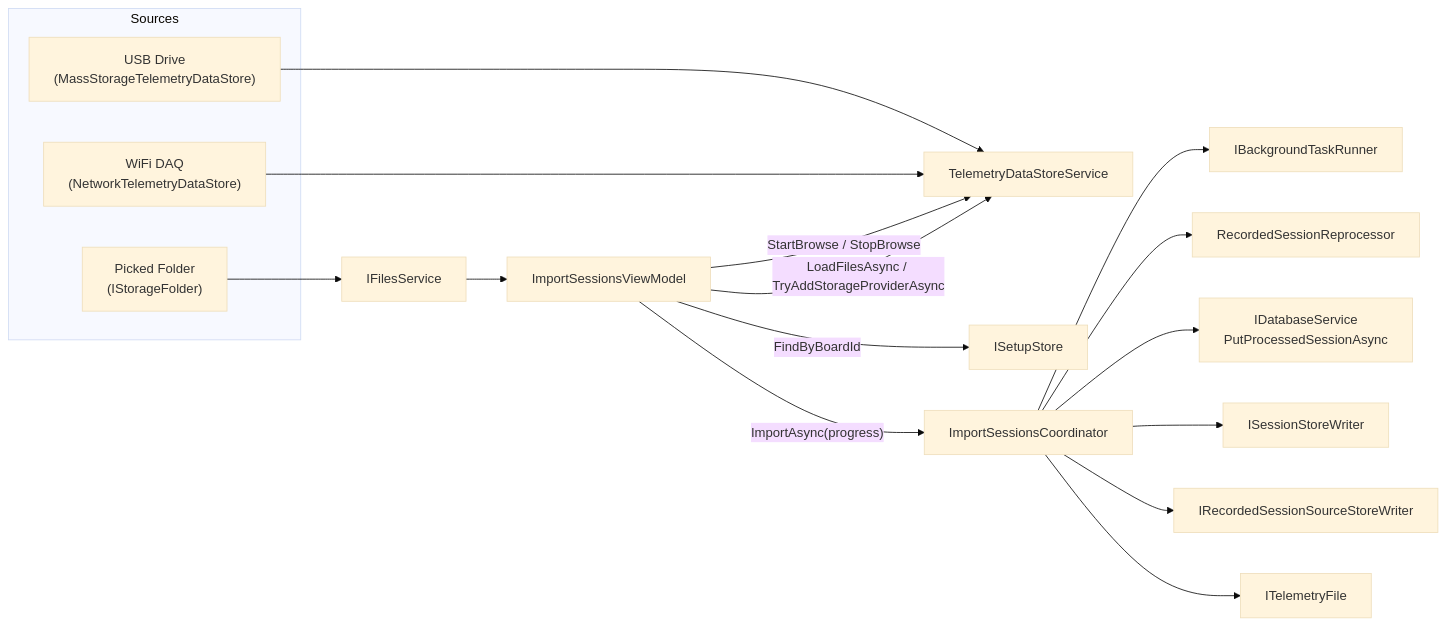
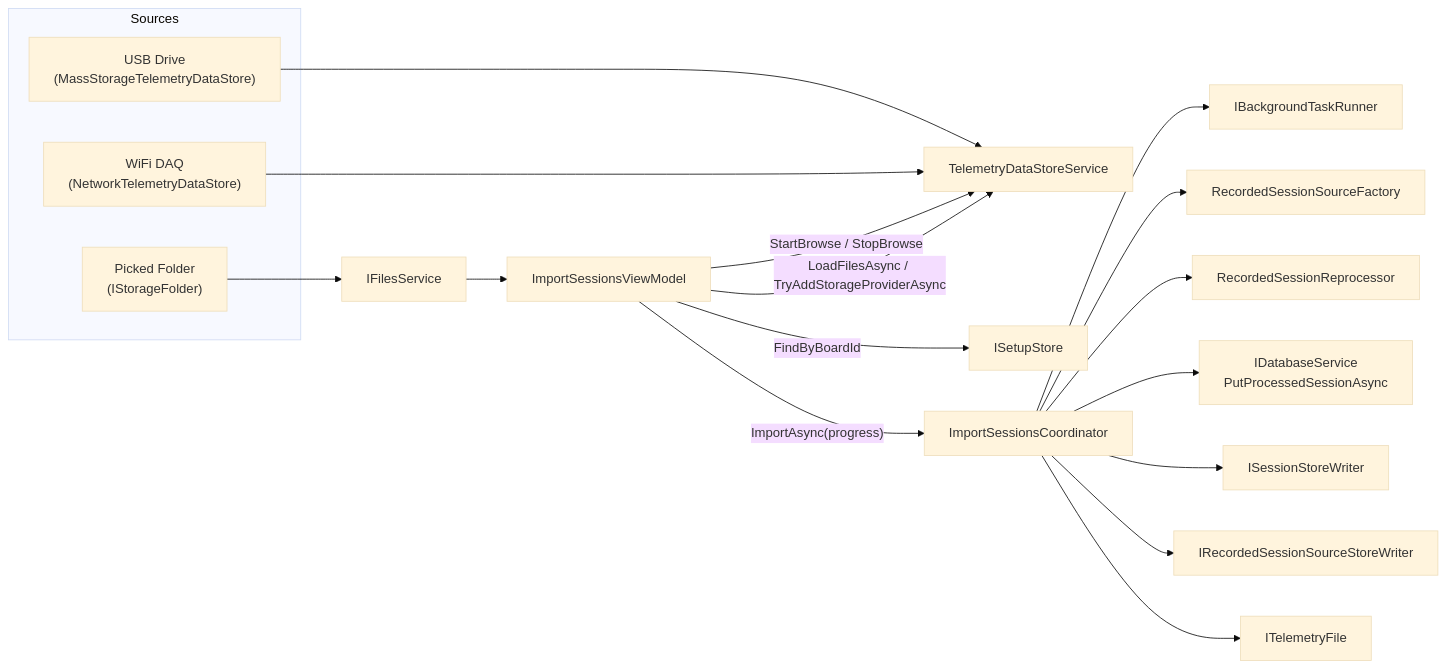
One commit to MoridinBG/Sufni.app changed the first of 2 diagrams in docs/architecture/acquisition.md. Above: the diagram before and after it, drawn with Mermaid (base theme). The commit also changed other lines of this file and 7 other files, not shown here.

Commit message:
Update architecture docs

````diff
--- a/docs/architecture/acquisition.md
+++ b/docs/architecture/acquisition.md
@@ -9,23 +9,24 @@
 ```mermaid
 graph LR
     subgraph Sources
         USB["USB Drive<br/>(MassStorageTelemetryDataStore)"]
         WiFi["WiFi DAQ<br/>(NetworkTelemetryDataStore)"]
         Picker["Picked Folder<br/>(IStorageFolder)"]
     end
 
     Picker --> Files["IFilesService"]
     USB --> DSS["TelemetryDataStoreService"]
     WiFi --> DSS
     Files --> Import["ImportSessionsViewModel"]
     Import -->|"StartBrowse / StopBrowse"| DSS
     Import -->|"LoadFilesAsync / TryAddStorageProviderAsync"| DSS
     Import -->|"FindByBoardId"| SetupStore["ISetupStore"]
     Import -->|"ImportAsync(progress)"| Coord["ImportSessionsCoordinator"]
     Coord --> Runner["IBackgroundTaskRunner"]
+    Coord --> SourceFactory["RecordedSessionSourceFactory"]
     Coord --> Reprocessor["RecordedSessionReprocessor"]
     Coord --> DB["IDatabaseService<br/>PutProcessedSessionAsync"]
     Coord --> SessionStore["ISessionStoreWriter"]
     Coord --> SourceStore["IRecordedSessionSourceStoreWriter"]
     Coord --> TelemetryFile["ITelemetryFile"]
 ```
````
